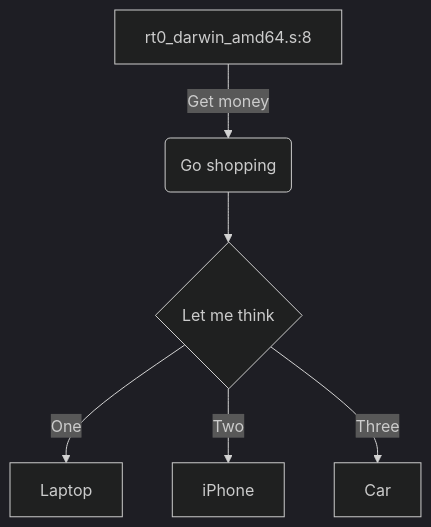
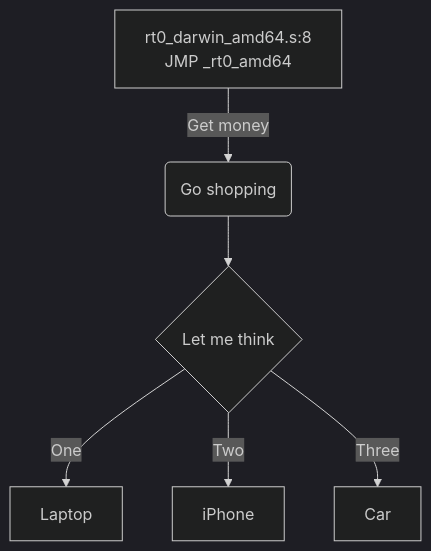
Before and after one commit to cch123/golang-notes: the diagram in bootstrap.md, drawn with Mermaid (dark theme). The commit also changed other lines of this file, not shown here.

````diff
--- a/bootstrap.md
+++ b/bootstrap.md
@@ -100,8 +100,8 @@
 ```mermaid
 graph TD
-A[rt0_darwin_amd64.s:8] -->|Get money| B(Go shopping)
+A[rt0_darwin_amd64.s:8<br/>JMP _rt0_amd64] -->|Get money| B(Go shopping)
 B --> C{Let me think}
 C -->|One| D[Laptop]
 C -->|Two| E[iPhone]
 C -->|Three| F[Car]
 ```
````
